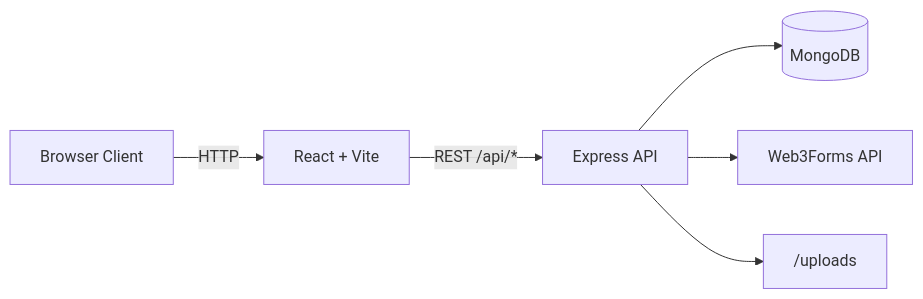
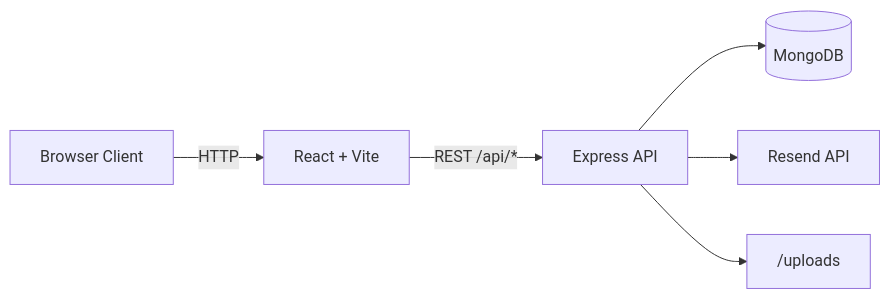
The first of 4 diagrams in docs/architecture.md (imsumit28/portfolio-website), drawn with Mermaid before and after one commit. The commit also changed other lines of this file and 2 other files, not shown here.

Commit message:
Docs: reflect Resend as primary contact-email provider

````diff
--- a/docs/architecture.md
+++ b/docs/architecture.md
@@ -7,8 +7,8 @@
 ```mermaid
 flowchart LR
   Browser[Browser Client] -->|HTTP| Frontend[React + Vite]
   Frontend -->|REST /api/*| API[Express API]
   API --> DB[(MongoDB)]
-  API --> Mail[Web3Forms API]
+  API --> Mail[Resend API]
   API --> Files["/uploads"]
 ```
````
